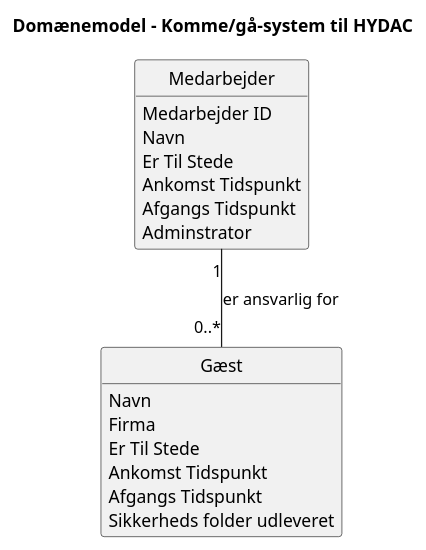
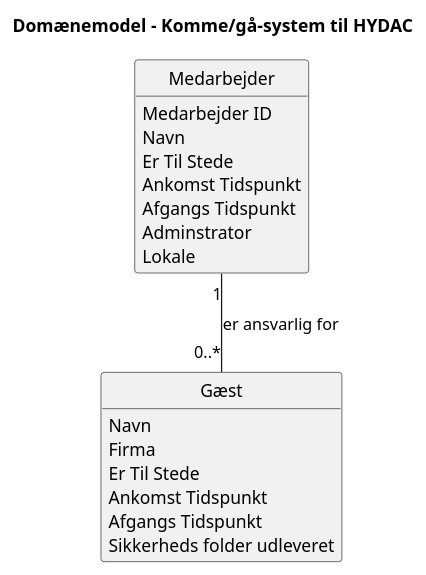
One commit to albla20/HydacTeamA4 changed the diagram in Artifacts/Domænemodel.puml. Above: the diagram before and after it, drawn with PlantUML. The commit also changed 2 other files, not shown here.

```diff
--- a/Artifacts/Domænemodel.puml
+++ b/Artifacts/Domænemodel.puml
@@ -2,27 +2,28 @@
 @startuml Domaenemodel
 title Domænemodel - Komme/gå-system til HYDAC
 skinparam classAttributeIconSize 0
 hide methods
 hide circle
 
 class Medarbejder {
   Medarbejder ID
   Navn
   Er Til Stede
   Ankomst Tidspunkt
   Afgangs Tidspunkt
   Adminstrator
+  Lokale
 }
 
 class Gæst {
   Navn
   Firma
   Er Til Stede
   Ankomst Tidspunkt
   Afgangs Tidspunkt
   Sikkerheds folder udleveret
 }
 
 Medarbejder "1" -- "0..*" Gæst : er ansvarlig for 
 
 @enduml
```
